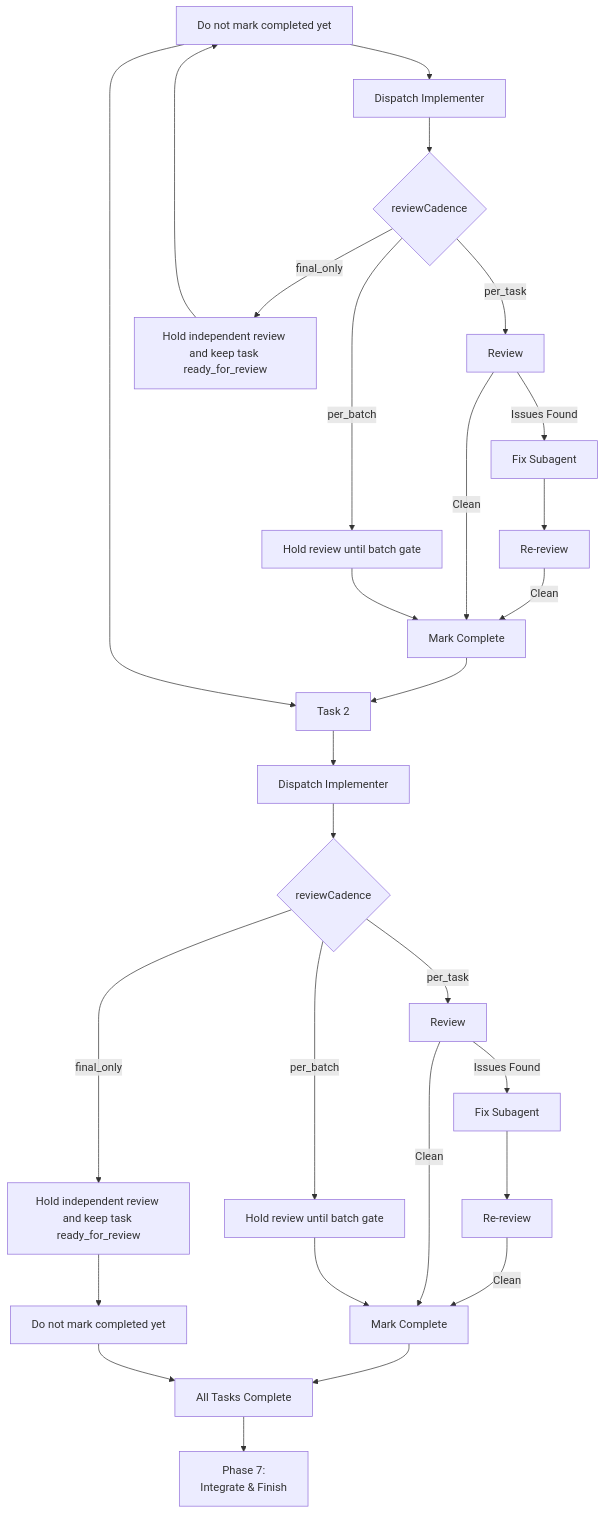
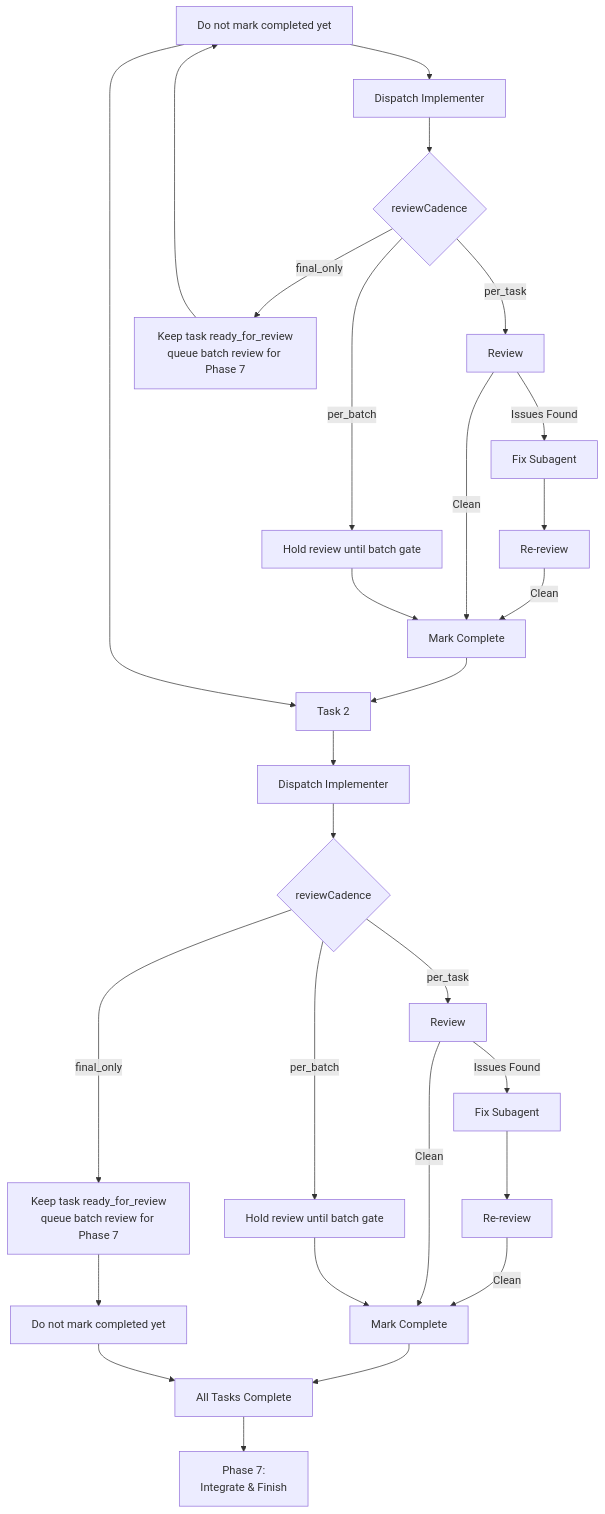
One commit to gugacarbo/agents-skills changed the third of 10 diagrams in super-planning/docs/workflows.md. Above: the diagram before and after it, drawn with Mermaid. The commit also changed other lines of this file and 6 other files, not shown here.

````diff
--- a/super-planning/docs/workflows.md
+++ b/super-planning/docs/workflows.md
@@ -38,30 +38,30 @@
 ```mermaid
 flowchart TD
     T1[Task 1] --> D1[Dispatch Implementer]
     D1 --> RC1{reviewCadence}
     RC1 -->|per_task| R1[Review]
     RC1 -->|per_batch| H1[Hold review until batch gate]
-    RC1 -->|final_only| H1A[Hold independent review and keep task ready_for_review]
+    RC1 -->|final_only| H1A[Keep task ready_for_review<br/>queue batch review for Phase 7]
     R1 -->|Issues Found| F1[Fix Subagent]
     F1 --> RR1[Re-review]
     RR1 -->|Clean| C1[Mark Complete]
     R1 -->|Clean| C1
     H1 --> C1
     H1A --> T1[Do not mark completed yet]
     C1 --> T2[Task 2]
     T1 --> T2
     T2 --> D2[Dispatch Implementer]
     D2 --> RC2{reviewCadence}
     RC2 -->|per_task| R2[Review]
     RC2 -->|per_batch| H2[Hold review until batch gate]
-    RC2 -->|final_only| H2A[Hold independent review and keep task ready_for_review]
+    RC2 -->|final_only| H2A[Keep task ready_for_review<br/>queue batch review for Phase 7]
     R2 -->|Issues Found| F2[Fix Subagent]
     F2 --> RR2[Re-review]
     RR2 -->|Clean| C2[Mark Complete]
     R2 -->|Clean| C2
     H2 --> C2
     H2A --> T3[Do not mark completed yet]
     C2 --> TN[All Tasks Complete]
     T3 --> TN
     TN --> INTEGRATE[Phase 7:<br/>Integrate & Finish]
 ```
````
